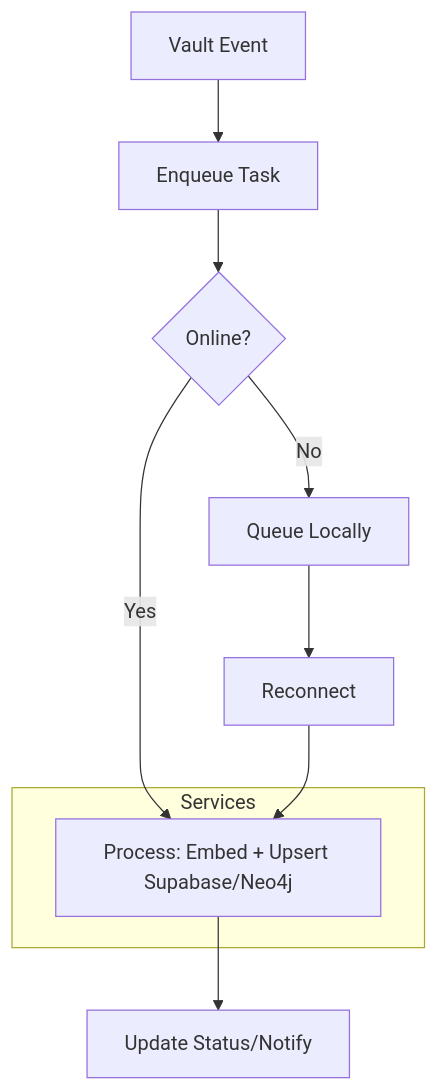
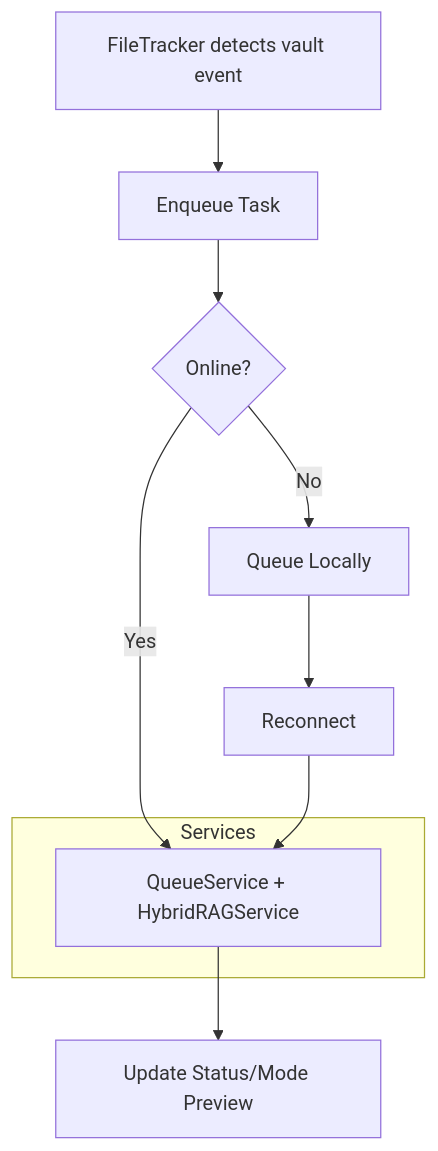
Before and after one commit to SMPL-Ai-Agency/Obsidian-RAG: the diagram in ARCHITECTURE.md, drawn with Mermaid. The commit also changed other lines of this file and 1 other file, not shown here.

Commit message:
docs: sync development and architecture guides

````diff
--- a/ARCHITECTURE.md
+++ b/ARCHITECTURE.md
@@ -76,12 +84,12 @@
 ```mermaid
 flowchart TD
-    A[Vault Event] --> B[Enqueue Task]
+    A[FileTracker detects vault event] --> B[Enqueue Task]
     B --> C{Online?}
-    C -->|Yes| D[Process: Embed + Upsert Supabase/Neo4j]
+    C -->|Yes| D[QueueService + HybridRAGService]
     C -->|No| E[Queue Locally]
     E --> F[Reconnect] --> D
-    D --> G[Update Status/Notify]
+    D --> G[Update Status/Mode Preview]
     subgraph Services
     D
     end
 ```
````
